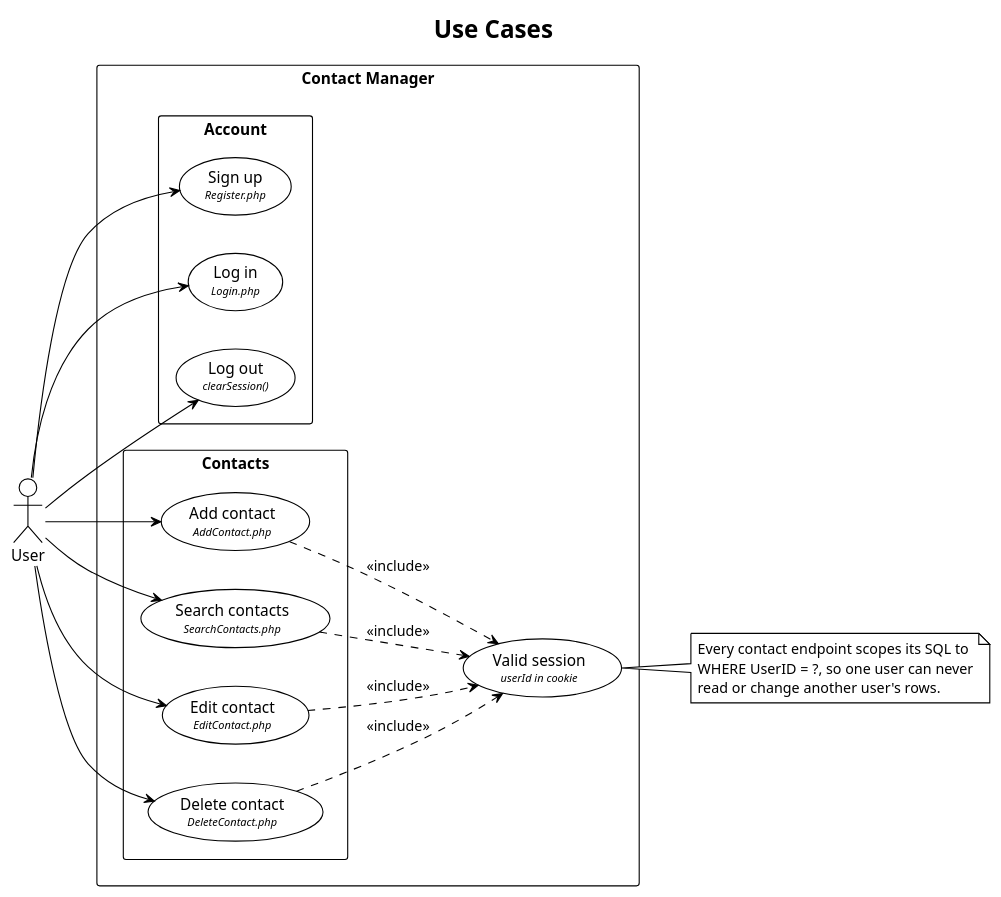
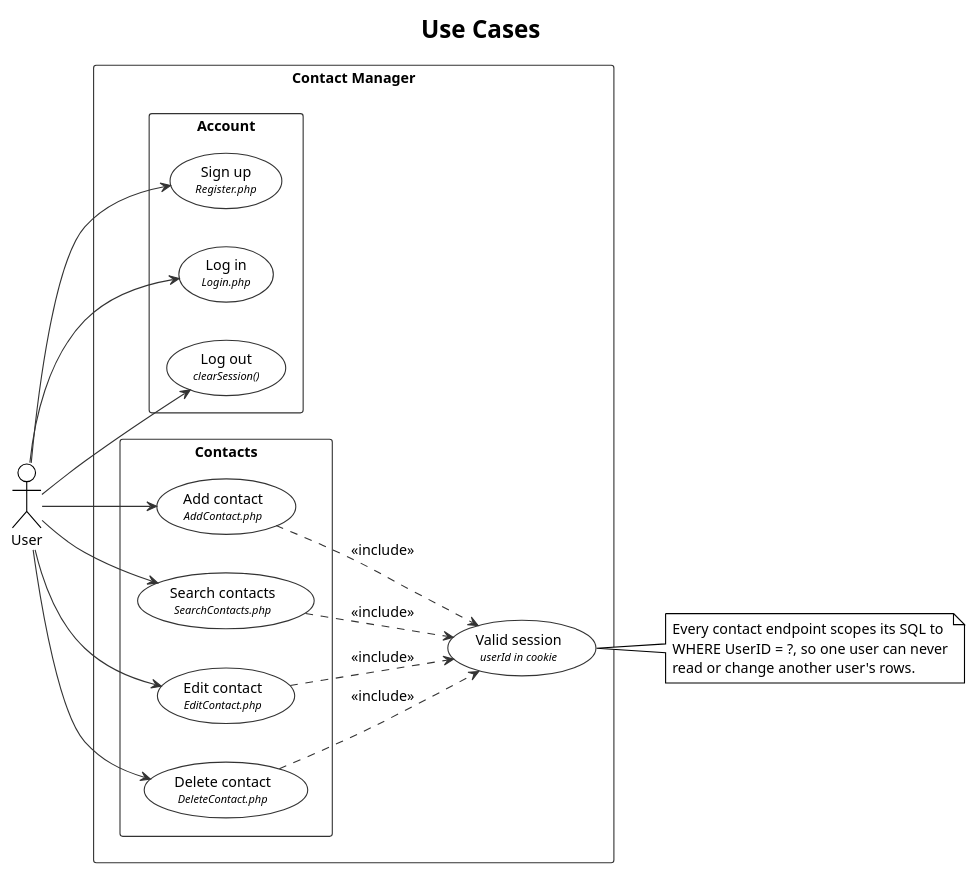
The diagram in docs/uml/use-case.puml (polter-dev/Poosd-Small-Project), drawn with PlantUML before and after one commit. The commit also changed 9 other files, not shown here.

First line of the commit message:
Verify the three UML diagrams against the merged code

```diff
--- a/docs/uml/use-case.puml
+++ b/docs/uml/use-case.puml
@@ -1,55 +1,64 @@
 @startuml use-case
 ' Contact Manager -- use case diagram
 ' The endpoint that implements each use case is named inside the oval.
+' Source of truth: API/*.php and docs/api-contract.md
 
 !theme plain
 left to right direction
+
+skinparam defaultFontName Verdana
+skinparam defaultFontSize 13
 skinparam shadowing false
 skinparam packageStyle rectangle
 skinparam usecase {
   BackgroundColor White
-  BorderColor Black
+  BorderColor #333333
 }
+skinparam rectangle {
+  BackgroundColor White
+  BorderColor #333333
+}
+skinparam ArrowColor #333333
 
 title Use Cases
 
 actor "User" as user
 
 rectangle "Contact Manager" {
 
   package "Account" {
     usecase "Sign up\n<size:10><i>Register.php</i></size>" as UC_SIGNUP
     usecase "Log in\n<size:10><i>Login.php</i></size>" as UC_LOGIN
     usecase "Log out\n<size:10><i>clearSession()</i></size>" as UC_LOGOUT
   }
 
   usecase "Valid session\n<size:10><i>userId in cookie</i></size>" as UC_SESSION
 
   package "Contacts" {
     usecase "Add contact\n<size:10><i>AddContact.php</i></size>" as UC_ADD
     usecase "Search contacts\n<size:10><i>SearchContacts.php</i></size>" as UC_SEARCH
     usecase "Edit contact\n<size:10><i>EditContact.php</i></size>" as UC_EDIT
     usecase "Delete contact\n<size:10><i>DeleteContact.php</i></size>" as UC_DELETE
   }
 }
 
 user --> UC_SIGNUP
 user --> UC_LOGIN
 user --> UC_LOGOUT
 user --> UC_ADD
 user --> UC_SEARCH
 user --> UC_EDIT
 user --> UC_DELETE
 
 UC_ADD    ..> UC_SESSION : <<include>>
 UC_SEARCH ..> UC_SESSION : <<include>>
 UC_EDIT   ..> UC_SESSION : <<include>>
 UC_DELETE ..> UC_SESSION : <<include>>
 
 note right of UC_SESSION
   Every contact endpoint scopes its SQL to
   WHERE UserID = ?, so one user can never
   read or change another user's rows.
 end note
 
 @enduml
```
